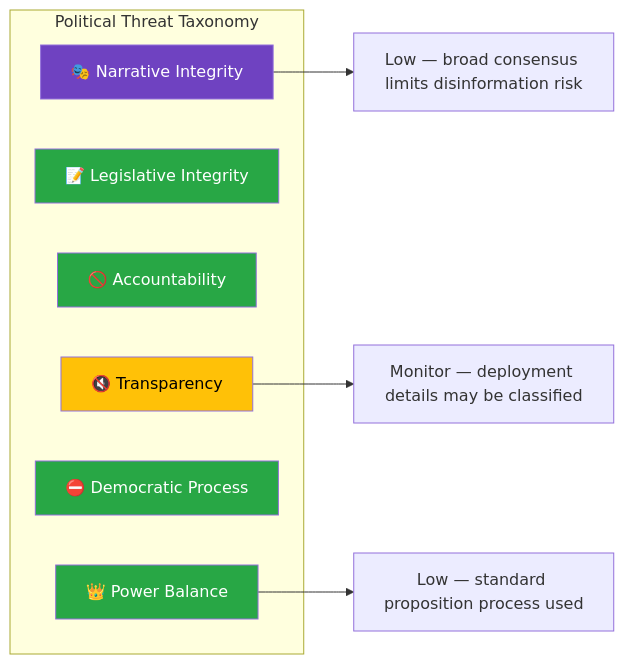
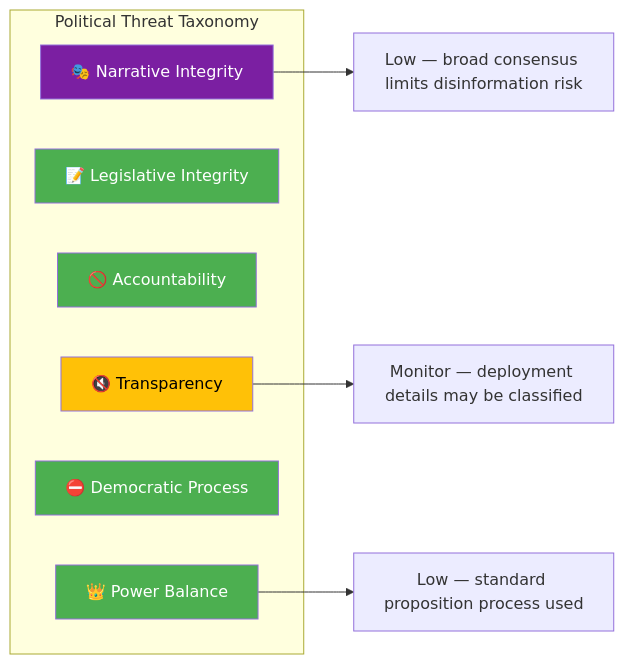
One commit to Hack23/riksdagsmonitor changed the fourth of 5 diagrams in analysis/daily/2026-04-09/realtime-1436/documents/hd03220-analysis.md. Above: the diagram before and after it, drawn with Mermaid. The commit also changed other lines of this file and 785 other files, not shown here.

First line of the commit message:
Normalize mermaid colors across 786 analysis artifacts to ISMS Style Guide palette

````diff
--- a/analysis/daily/2026-04-09/realtime-1436/documents/hd03220-analysis.md
+++ b/analysis/daily/2026-04-09/realtime-1436/documents/hd03220-analysis.md
@@ -132,22 +132,22 @@
 ```mermaid
 graph LR
     subgraph "Political Threat Taxonomy"
         NI["🎭 Narrative Integrity"]
         LI["📝 Legislative Integrity"]
         AC["🚫 Accountability"]
         TR["🔇 Transparency"]
         DP["⛔ Democratic Process"]
         PB["👑 Power Balance"]
     end
 
     NI --> NI1["Low — broad consensus limits disinformation risk"]
     TR --> TR1["Monitor — deployment details may be classified"]
     PB --> PB1["Low — standard proposition process used"]
 
-    style NI fill:#6f42c1,color:#fff
-    style LI fill:#28a745,color:#fff
-    style AC fill:#28a745,color:#fff
-    style TR fill:#ffc107,color:#000
-    style DP fill:#28a745,color:#fff
-    style PB fill:#28a745,color:#fff
+    style NI fill:#7B1FA2,color:#FFFFFF
+    style LI fill:#4CAF50,color:#FFFFFF
+    style AC fill:#4CAF50,color:#FFFFFF
+    style TR fill:#FFC107,color:#000000
+    style DP fill:#4CAF50,color:#FFFFFF
+    style PB fill:#4CAF50,color:#FFFFFF
 ```
````
